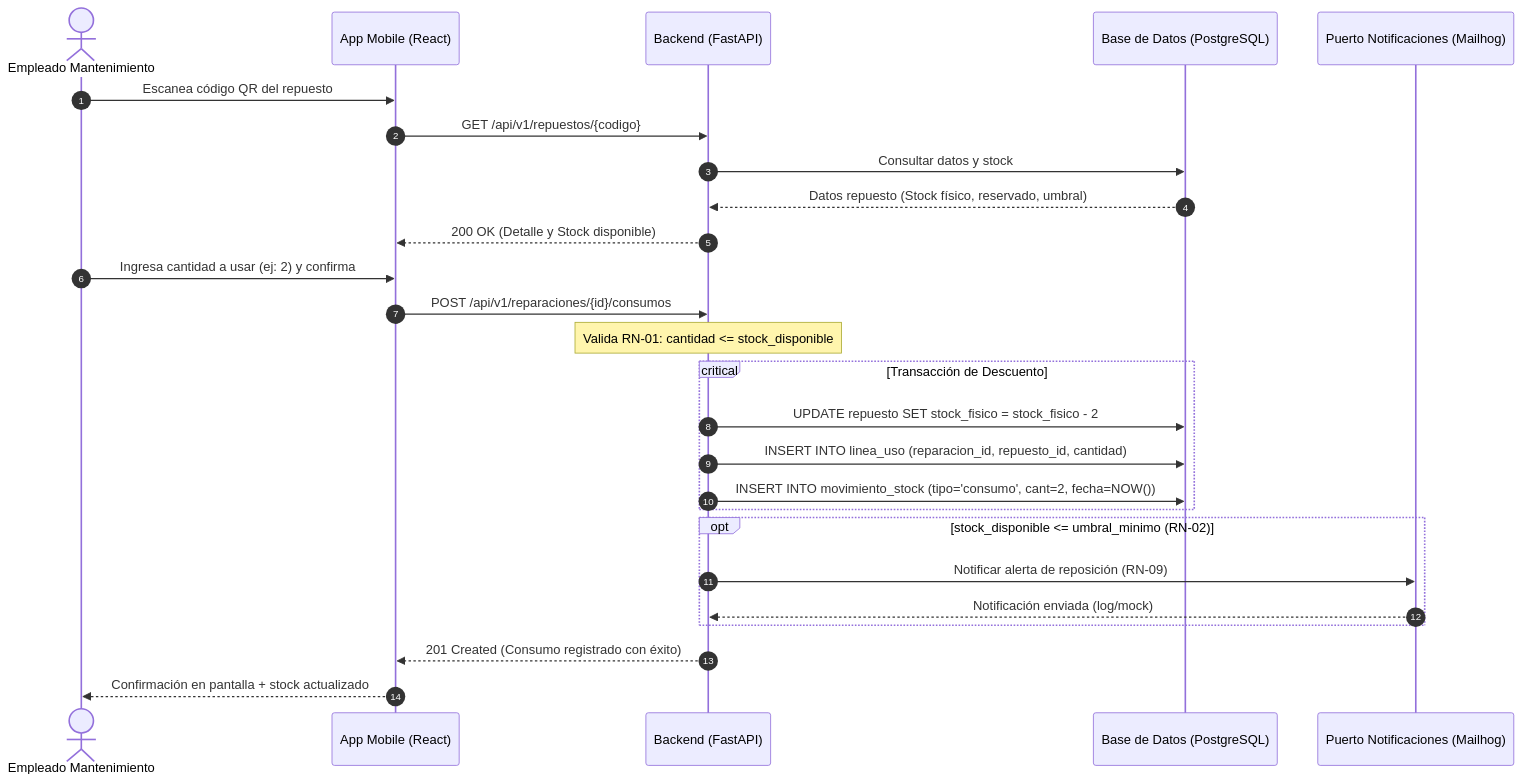
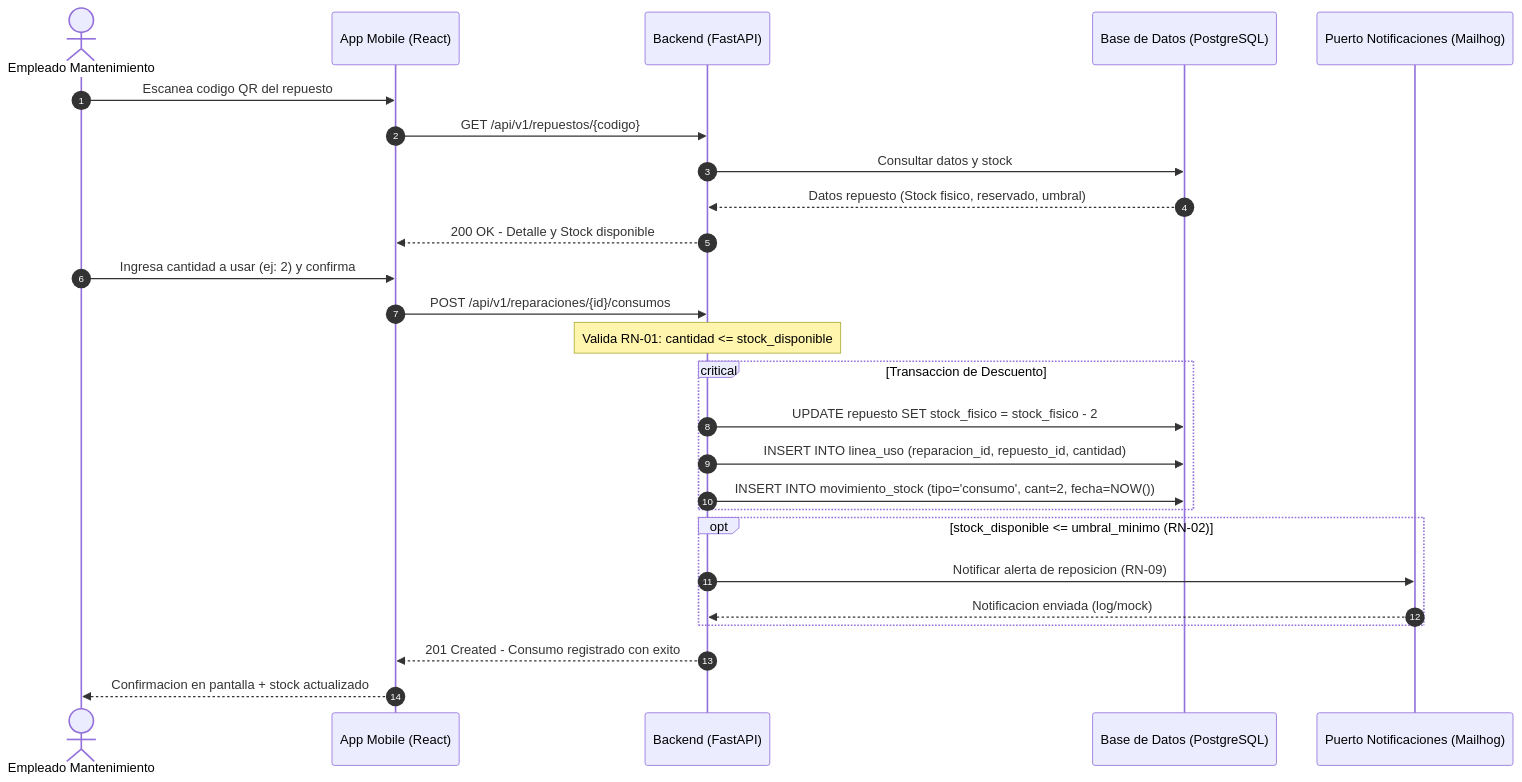
Before and after one commit to theMagicOne7/TCI_S32_2026: the second of 2 diagrams in docs/m1/casos_de_uso.md, drawn with Mermaid.

Commit message:
fix: correccion archivos

````diff
--- a/docs/m1/casos_de_uso.md
+++ b/docs/m1/casos_de_uso.md
@@ -99,33 +99,33 @@
 ```mermaid
 sequenceDiagram
-    autonumber
-    actor EM as Empleado Mantenimiento
-    participant UI as App Mobile (React)
-    participant API as Backend (FastAPI)
-    participant DB as Base de Datos (PostgreSQL)
-    participant NOTIF as Puerto Notificaciones (Mailhog)
+autonumber
+actor EM as Empleado Mantenimiento
+participant UI as App Mobile (React)
+participant API as Backend (FastAPI)
+participant DB as Base de Datos (PostgreSQL)
+participant NOTIF as Puerto Notificaciones (Mailhog)
 
-    EM->>UI: Escanea código QR del repuesto
-    UI->>API: GET /api/v1/repuestos/{codigo}
-    API->>DB: Consultar datos y stock
-    DB-->>API: Datos repuesto (Stock físico, reservado, umbral)
-    API-->>UI: 200 OK (Detalle y Stock disponible)
+EM->>UI: Escanea codigo QR del repuesto
+UI->>API: GET /api/v1/repuestos/{codigo}
+API->>DB: Consultar datos y stock
+DB-->>API: Datos repuesto (Stock fisico, reservado, umbral)
+API-->>UI: 200 OK - Detalle y Stock disponible
 
-    EM->>UI: Ingresa cantidad a usar (ej: 2) y confirma
-    UI->>API: POST /api/v1/reparaciones/{id}/consumos
-    Note over API: Valida RN-01: cantidad <= stock_disponible
+EM->>UI: Ingresa cantidad a usar (ej: 2) y confirma
+UI->>API: POST /api/v1/reparaciones/{id}/consumos
+Note over API: Valida RN-01: cantidad <= stock_disponible
 
-    critical Transacción de Descuento
-        API->>DB: UPDATE repuesto SET stock_fisico = stock_fisico - 2
-        API->>DB: INSERT INTO linea_uso (reparacion_id, repuesto_id, cantidad)
-        API->>DB: INSERT INTO movimiento_stock (tipo='consumo', cant=2, fecha=NOW())
-    end
+critical Transaccion de Descuento
+API->>DB: UPDATE repuesto SET stock_fisico = stock_fisico - 2
+API->>DB: INSERT INTO linea_uso (reparacion_id, repuesto_id, cantidad)
+API->>DB: INSERT INTO movimiento_stock (tipo='consumo', cant=2, fecha=NOW())
+end
 
-    opt stock_disponible <= umbral_minimo (RN-02)
-        API->>NOTIF: Notificar alerta de reposición (RN-09)
-        NOTIF-->>API: Notificación enviada (log/mock)
-    end
+opt stock_disponible <= umbral_minimo (RN-02)
+API->>NOTIF: Notificar alerta de reposicion (RN-09)
+NOTIF-->>API: Notificacion enviada (log/mock)
+end
 
-    API-->>UI: 201 Created (Consumo registrado con éxito)
-    UI-->>EM: Confirmación en pantalla + stock actualizado
+API-->>UI: 201 Created - Consumo registrado con exito
+UI-->>EM: Confirmacion en pantalla + stock actualizado
 ```
````
